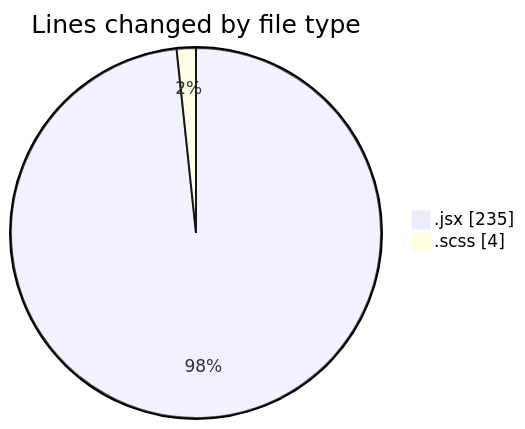
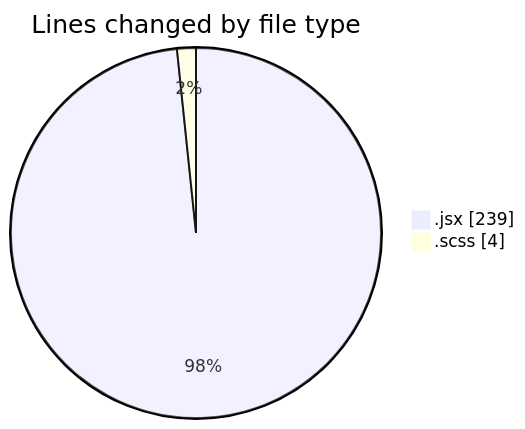
The first of 2 diagrams in 2025-06-04/cda/README.md (momahboobian/code-tracking), drawn with Mermaid before and after one commit. The commit also changed other lines of this file and 1 other file, not shown here.

````diff
--- a/2025-06-04/cda/README.md
+++ b/2025-06-04/cda/README.md
@@ -22,6 +22,6 @@
 ```mermaid
 pie showData
 title Lines changed by file type
-".jsx" : 235
+".jsx" : 239
 ".scss" : 4
 ```
````
